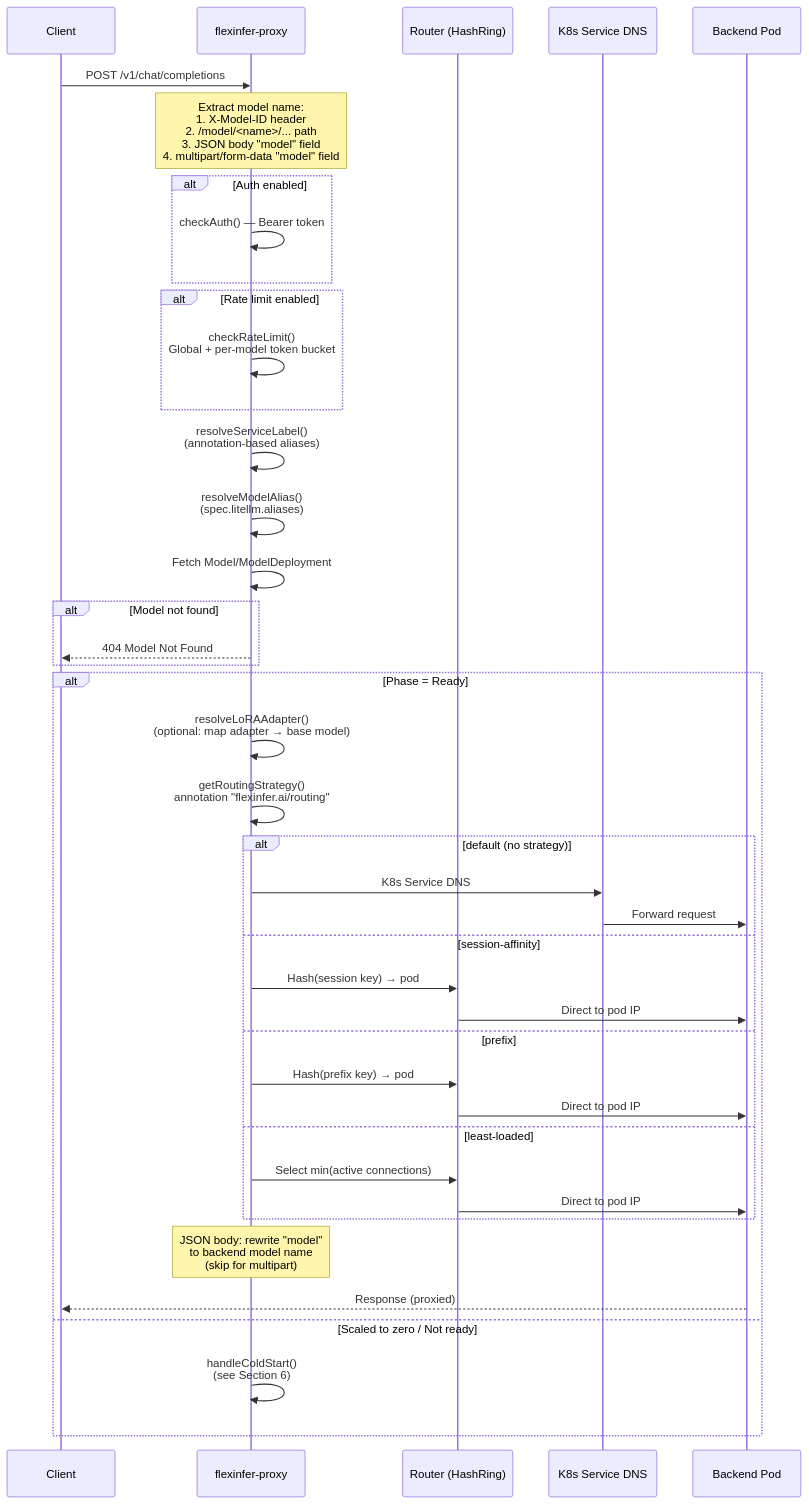
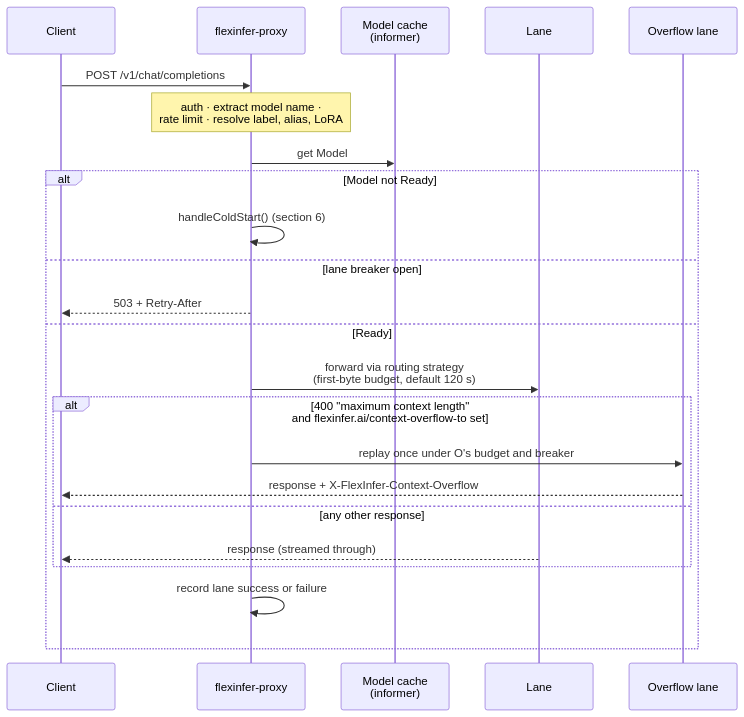
The third of 7 diagrams in docs/dev/architecture.md (flexinfer/flexinfer), drawn with Mermaid before and after one commit. The commit also changed other lines of this file and 7 other files, not shown here.

````diff
--- a/docs/dev/architecture.md
+++ b/docs/dev/architecture.md
@@ -166,52 +189,26 @@
 ```mermaid
 sequenceDiagram
     participant C as Client
     participant P as flexinfer-proxy
-    participant R as Router (HashRing)
-    participant S as K8s Service DNS
-    participant B as Backend Pod
+    participant M as Model cache<br/>(informer)
+    participant L as Lane
+    participant O as Overflow lane
 
     C->>P: POST /v1/chat/completions
-    Note over P: Extract model name:<br/>1. X-Model-ID header<br/>2. /model/<name>/... path<br/>3. JSON body "model" field<br/>4. multipart/form-data "model" field
-
-    alt Auth enabled
-        P->>P: checkAuth() — Bearer token
-    end
-
-    alt Rate limit enabled
-        P->>P: checkRateLimit()<br/>Global + per-model token bucket
-    end
-
-    P->>P: resolveServiceLabel()<br/>(annotation-based aliases)
-    P->>P: resolveModelAlias()<br/>(spec.litellm.aliases)
-
-    P->>P: Fetch Model/ModelDeployment
-
-    alt Model not found
-        P-->>C: 404 Model Not Found
-    end
-
-    alt Phase = Ready
-        P->>P: resolveLoRAAdapter()<br/>(optional: map adapter → base model)
-        P->>P: getRoutingStrategy()<br/>annotation "flexinfer.ai/routing"
-
-        alt default (no strategy)
-            P->>S: K8s Service DNS
-            S->>B: Forward request
-        else session-affinity
-            P->>R: Hash(session key) → pod
-            R->>B: Direct to pod IP
-        else prefix
-            P->>R: Hash(prefix key) → pod
-            R->>B: Direct to pod IP
-        else least-loaded
-            P->>R: Select min(active connections)
-            R->>B: Direct to pod IP
+    Note over P: auth · extract model name ·<br/>rate limit · resolve label, alias, LoRA
+    P->>M: get Model
+    alt Model not Ready
+        P->>P: handleColdStart() (section 6)
+    else lane breaker open
+        P-->>C: 503 + Retry-After
+    else Ready
+        P->>L: forward via routing strategy<br/>(first-byte budget, default 120 s)
+        alt 400 "maximum context length"<br/>and flexinfer.ai/context-overflow-to set
+            P->>O: replay once under O's budget and breaker
+            O-->>C: response + X-FlexInfer-Context-Overflow
+        else any other response
+            L-->>C: response (streamed through)
         end
-
-        Note over P: JSON body: rewrite "model"<br/>to backend model name<br/>(skip for multipart)
-        B-->>C: Response (proxied)
-    else Scaled to zero / Not ready
-        P->>P: handleColdStart()<br/>(see Section 6)
+        P->>P: record lane success or failure
     end
 ```
````
